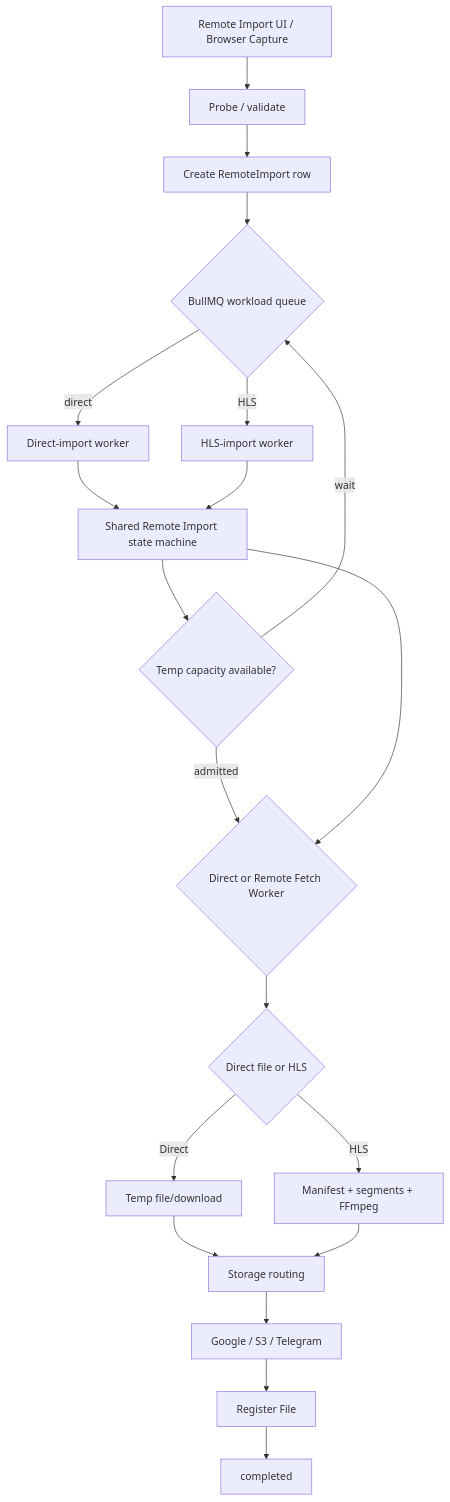
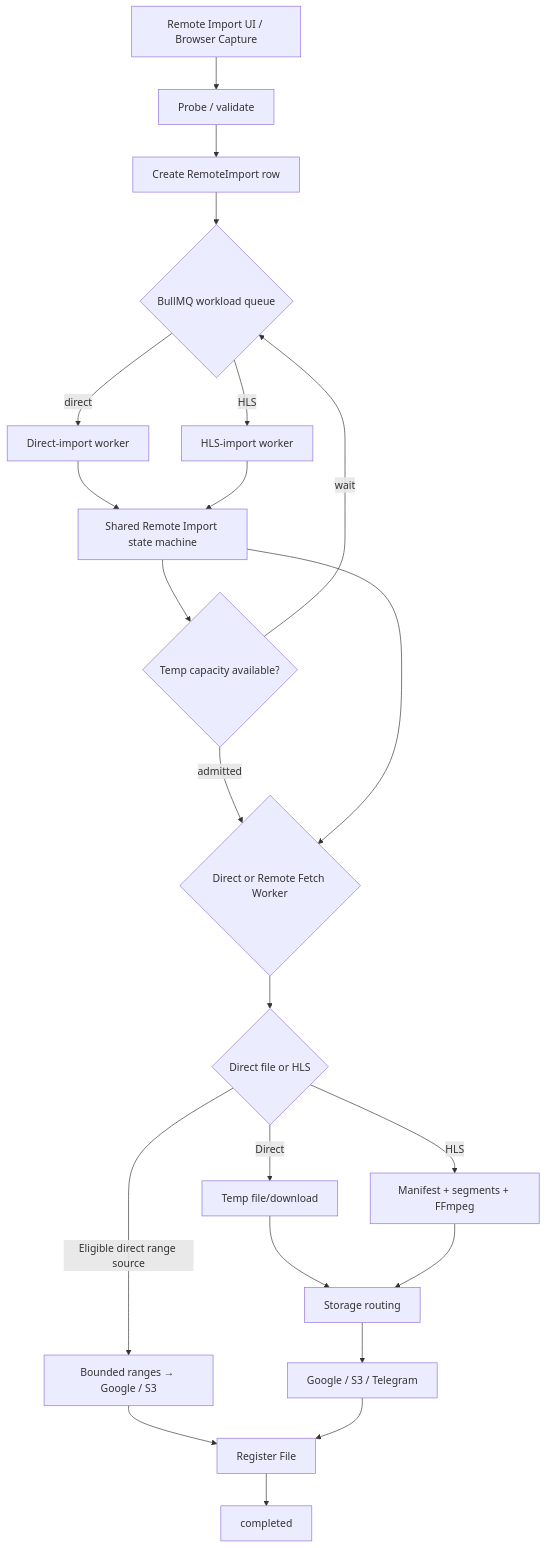
One commit to verdymas/9drive changed the diagram in docs/application/workflows/remote-import.md. Above: the diagram before and after it, drawn with Mermaid. The commit also changed 7 other files, not shown here.

````diff
--- a/docs/application/workflows/remote-import.md
+++ b/docs/application/workflows/remote-import.md
@@ -3,22 +3,24 @@
 ```mermaid
 flowchart TD
   UI[Remote Import UI / Browser Capture] --> Probe[Probe / validate]
   Probe --> Create[Create RemoteImport row]
 Create --> Queue{BullMQ workload queue}
 Queue -->|direct| DirectWorker[Direct-import worker]
 Queue -->|HLS| HlsWorker[HLS-import worker]
 DirectWorker --> Worker[Shared Remote Import state machine]
 HlsWorker --> Worker
 Worker --> Capacity{Temp capacity available?}
 Capacity -->|wait| Queue
 Capacity -->|admitted| Fetch
 Worker --> Fetch{Direct or Remote Fetch Worker}
   Fetch --> Type{Direct file or HLS}
   Type -->|Direct| Temp[Temp file/download]
+  Type -->|Eligible direct range source| Stream[Bounded ranges → Google / S3]
   Type -->|HLS| HLS[Manifest + segments + FFmpeg]
   Temp --> Placement[Storage routing]
+  Stream --> Register
   HLS --> Placement
   Placement --> Upload[Google / S3 / Telegram]
   Upload --> Register[Register File]
   Register --> Done[completed]
 ```
````
